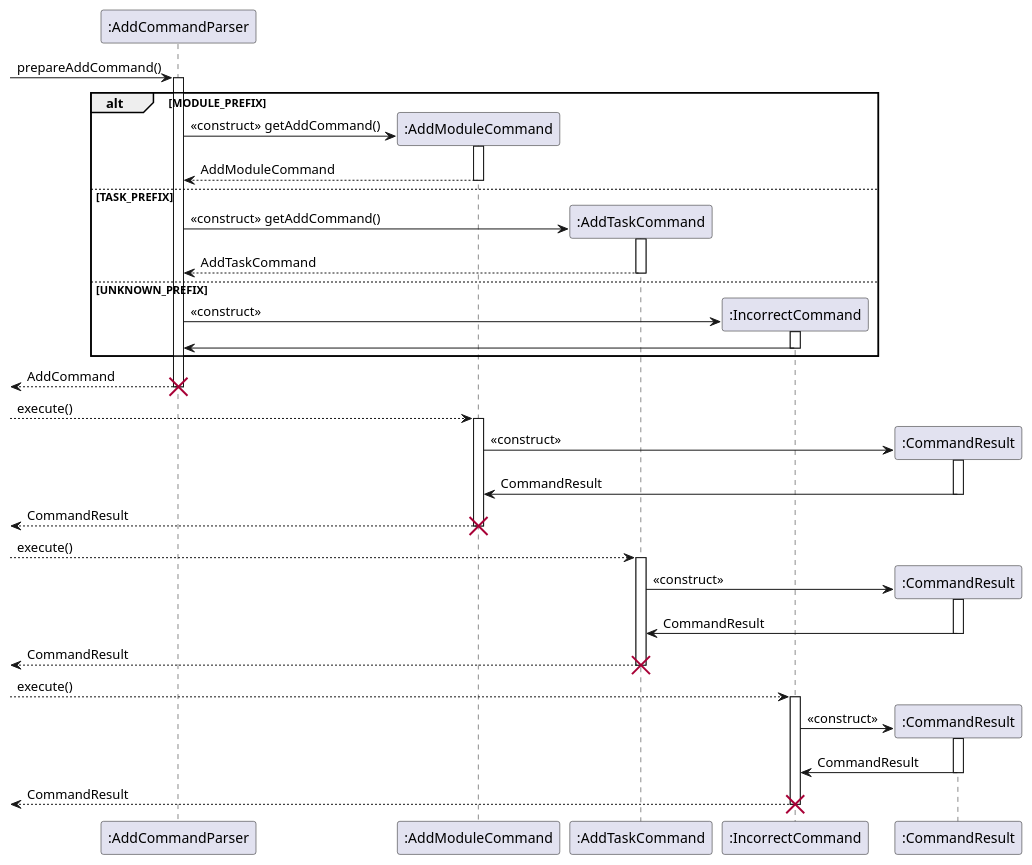
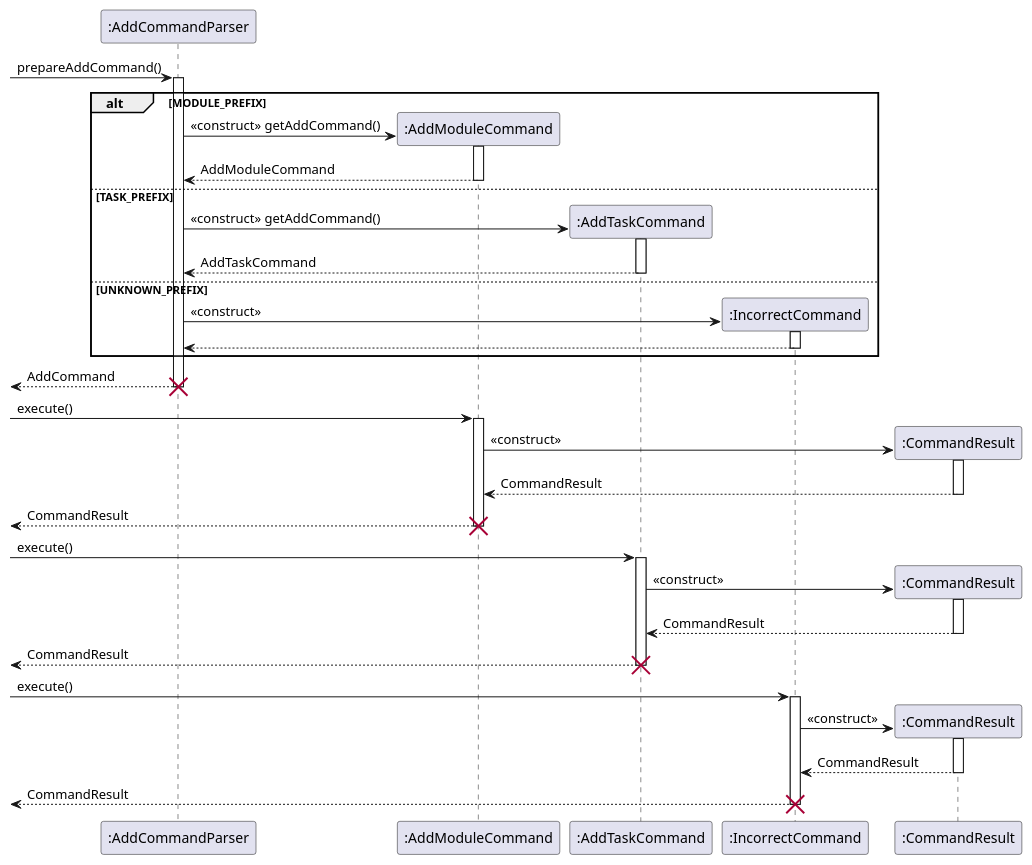
One commit to wangqinNick/tp changed the diagram in docs/diagrams/UML/AddCommandSequenceDiagram.puml. Above: the diagram before and after it, drawn with PlantUML. The commit also changed 3 other files, not shown here.

Commit message:
Amend DataClassDiagram, add TimeTableClassDiagram

```diff
--- a/docs/diagrams/UML/AddCommandSequenceDiagram.puml
+++ b/docs/diagrams/UML/AddCommandSequenceDiagram.puml
@@ -1,59 +1,59 @@
 @startuml
 -> ":AddCommandParser": prepareAddCommand()
 activate ":AddCommandParser"
 alt MODULE_PREFIX
     create ":AddModuleCommand"
     ":AddCommandParser" -> ":AddModuleCommand": <<construct>> getAddCommand()
     activate ":AddModuleCommand"
     ":AddCommandParser" <-- ":AddModuleCommand": AddModuleCommand
     deactivate ":AddModuleCommand"
 else TASK_PREFIX
     create ":AddTaskCommand"
     ":AddCommandParser" -> ":AddTaskCommand": <<construct>> getAddCommand()
     activate ":AddTaskCommand"
     ":AddCommandParser" <-- ":AddTaskCommand": AddTaskCommand
     deactivate ":AddTaskCommand"
 else UNKNOWN_PREFIX
     create ":IncorrectCommand"
     ":AddCommandParser" -> ":IncorrectCommand": <<construct>>
     activate ":IncorrectCommand"
-    ":AddCommandParser" <- ":IncorrectCommand"
+    ":AddCommandParser" <-- ":IncorrectCommand"
     deactivate ":IncorrectCommand"
 end
 <-- ":AddCommandParser": AddCommand
 destroy ":AddCommandParser"
 
---> ":AddModuleCommand": execute()
+-> ":AddModuleCommand": execute()
 activate ":AddModuleCommand"
 create ":CommandResult"
 ":AddModuleCommand" -> ":CommandResult": <<construct>>
 activate ":CommandResult"
-":AddModuleCommand" <- ":CommandResult": CommandResult
+":AddModuleCommand" <-- ":CommandResult": CommandResult
 deactivate ":CommandResult"
 <-- ":AddModuleCommand": CommandResult
 deactivate ":AddModuleCommand"
 destroy ":AddModuleCommand"
 
---> ":AddTaskCommand": execute()
+-> ":AddTaskCommand": execute()
 activate ":AddTaskCommand"
 create ":CommandResult"
 ":AddTaskCommand" -> ":CommandResult": <<construct>>
 activate ":CommandResult"
-":AddTaskCommand" <- ":CommandResult": CommandResult
+":AddTaskCommand" <-- ":CommandResult": CommandResult
 deactivate ":CommandResult"
 <-- ":AddTaskCommand": CommandResult
 deactivate ":AddTaskCommand"
 destroy ":AddTaskCommand"
 
---> ":IncorrectCommand": execute()
+-> ":IncorrectCommand": execute()
 activate ":IncorrectCommand"
 create ":CommandResult"
 ":IncorrectCommand" -> ":CommandResult": <<construct>>
 activate ":CommandResult"
-":IncorrectCommand" <- ":CommandResult": CommandResult
+":IncorrectCommand" <-- ":CommandResult": CommandResult
 deactivate ":CommandResult"
 <-- ":IncorrectCommand": CommandResult
 deactivate ":IncorrectCommand"
 destroy ":IncorrectCommand"
 
 @enduml
```
